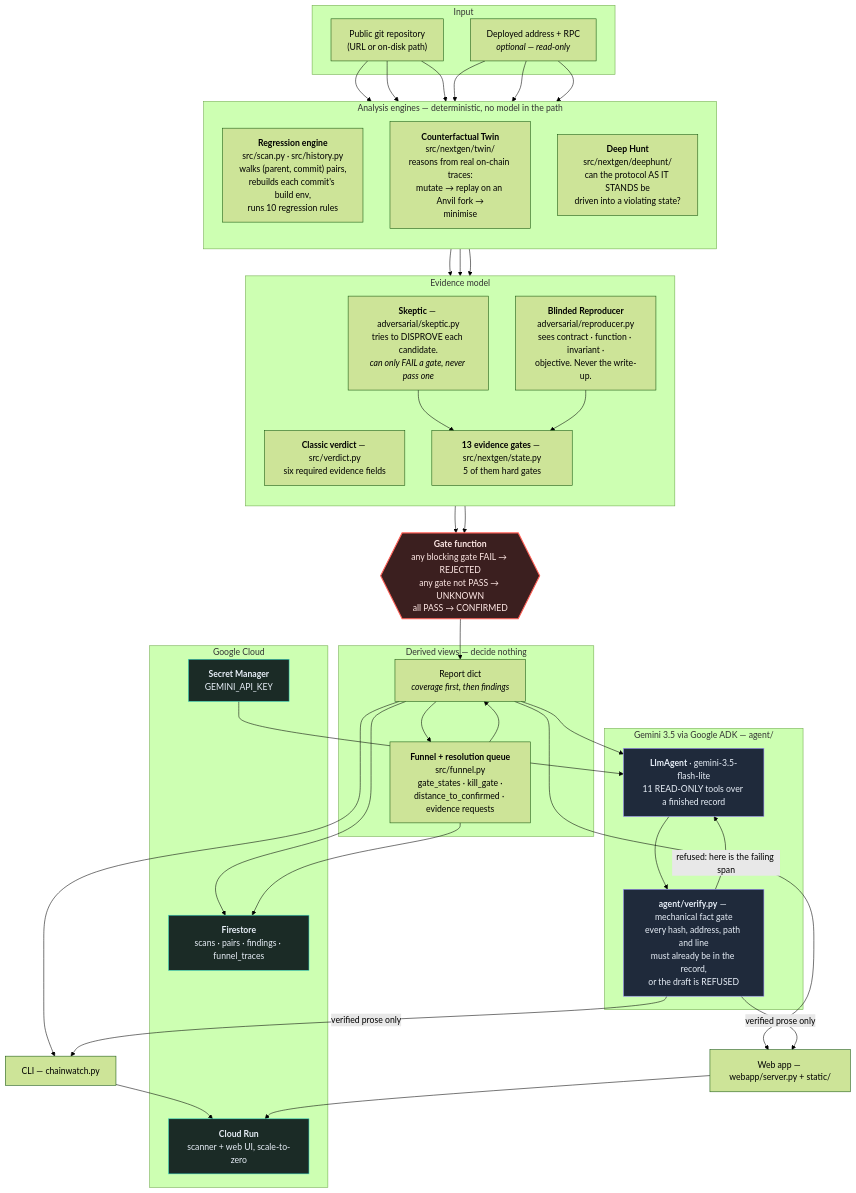
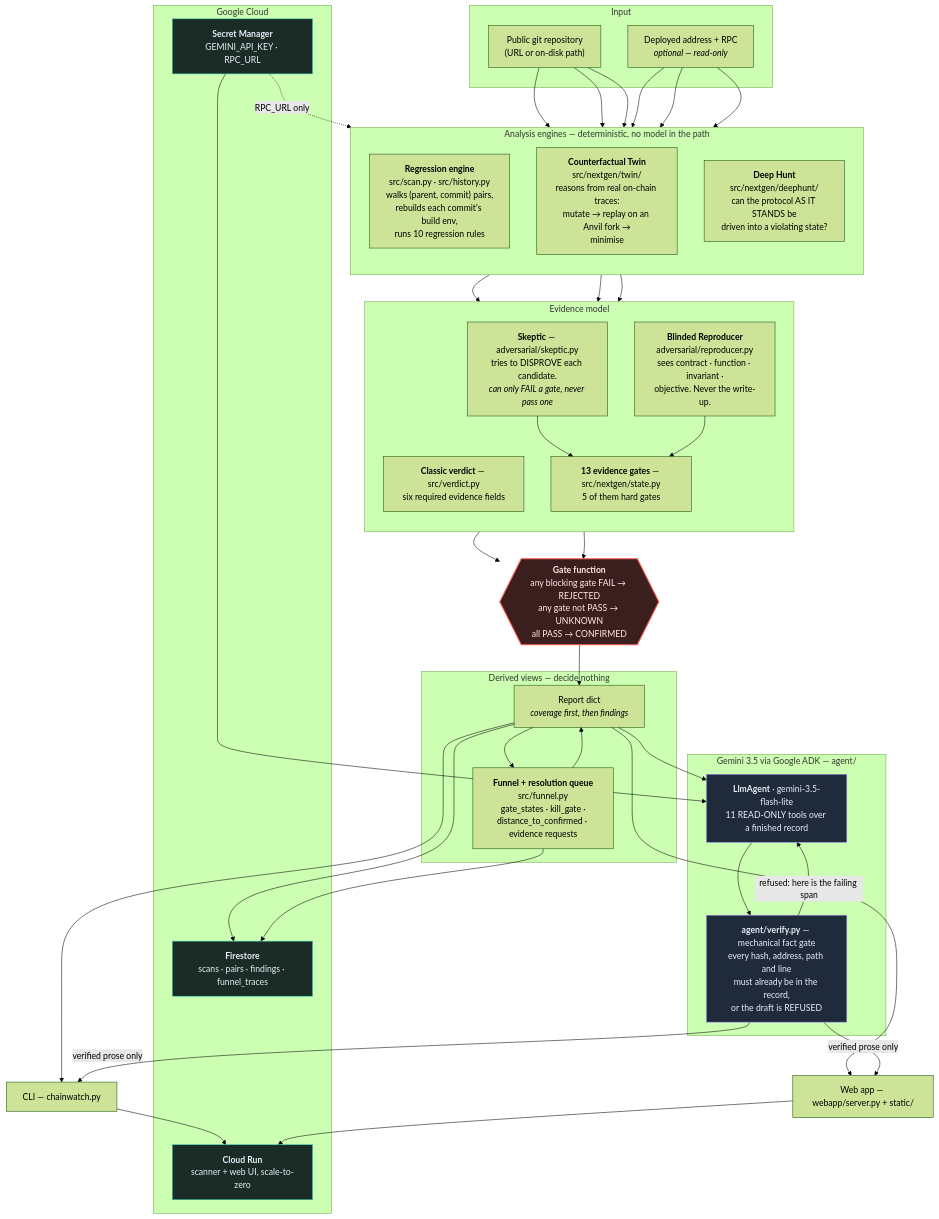
The first of 2 diagrams in docs/architecture.md (TOUMO45/chainwatch), drawn with Mermaid (forest theme) before and after one commit. The commit also changed other lines of this file and 2 other files, not shown here.

````diff
--- a/docs/architecture.md
+++ b/docs/architecture.md
@@ -16,72 +16,73 @@
 ```mermaid
 flowchart TB
     subgraph INPUT["Input"]
         REPO["Public git repository<br/>(URL or on-disk path)"]
         ADDR["Deployed address + RPC<br/><i>optional — read-only</i>"]
     end
 
     subgraph ENGINES["Analysis engines — deterministic, no model in the path"]
         direction TB
         E1["<b>Regression engine</b><br/>src/scan.py · src/history.py<br/>walks (parent, commit) pairs,<br/>rebuilds each commit's build env,<br/>runs 10 regression rules"]
         E2["<b>Counterfactual Twin</b><br/>src/nextgen/twin/<br/>reasons from real on-chain traces:<br/>mutate → replay on an Anvil fork →<br/>minimise"]
         E3["<b>Deep Hunt</b><br/>src/nextgen/deephunt/<br/>can the protocol AS IT STANDS be<br/>driven into a violating state?"]
     end
 
     subgraph EVIDENCE["Evidence model"]
         direction TB
         G6["<b>Classic verdict</b> — src/verdict.py<br/>six required evidence fields"]
         G13["<b>13 evidence gates</b> — src/nextgen/state.py<br/>5 of them hard gates"]
         SK["<b>Skeptic</b> — adversarial/skeptic.py<br/>tries to DISPROVE each candidate.<br/><i>can only FAIL a gate, never pass one</i>"]
         RP["<b>Blinded Reproducer</b><br/>adversarial/reproducer.py<br/>sees contract · function · invariant ·<br/>objective. Never the write-up."]
         SK --> G13
         RP --> G13
     end
 
     VF{{"<b>Gate function</b><br/>any blocking gate FAIL → REJECTED<br/>any gate not PASS → UNKNOWN<br/>all PASS → CONFIRMED"}}
 
     subgraph DERIVED["Derived views — decide nothing"]
         FUN["<b>Funnel + resolution queue</b><br/>src/funnel.py<br/>gate_states · kill_gate ·<br/>distance_to_confirmed · evidence requests"]
         RPT["Report dict<br/><i>coverage first, then findings</i>"]
     end
 
     subgraph GEMINI["Gemini 3.5 via Google ADK — agent/"]
         AG["<b>LlmAgent</b> · gemini-3.5-flash-lite<br/>11 READ-ONLY tools over a finished record"]
         VG["<b>agent/verify.py</b> — mechanical fact gate<br/>every hash, address, path and line<br/>must already be in the record,<br/>or the draft is REFUSED"]
         AG --> VG
         VG -->|"refused: here is the failing span"| AG
     end
 
     subgraph GCP["Google Cloud"]
         CR["<b>Cloud Run</b><br/>scanner + web UI, scale-to-zero"]
         FS["<b>Firestore</b><br/>scans · pairs · findings · funnel_traces"]
-        SM["<b>Secret Manager</b><br/>GEMINI_API_KEY"]
+        SM["<b>Secret Manager</b><br/>GEMINI_API_KEY · RPC_URL"]
     end
 
     REPO --> E1 & E2 & E3
     ADDR --> E1 & E2 & E3
     E1 --> G6
     E2 --> G13
     E3 --> G13
     G6 --> VF
     G13 --> VF
     VF --> RPT
     RPT --> FUN
     FUN --> RPT
     RPT --> AG
     RPT --> CLI["CLI — chainwatch.py"]
     RPT --> WEB["Web app — webapp/server.py + static/"]
     VG -->|"verified prose only"| CLI
     VG -->|"verified prose only"| WEB
     RPT --> FS
     FUN --> FS
     SM --> AG
+    SM -.->|"RPC_URL only"| E1
     CLI --> CR
     WEB --> CR
 
     classDef decide fill:#3b1f1f,stroke:#ff5f56,color:#ffe9e6,stroke-width:2px;
     classDef model fill:#1f2a3b,stroke:#9b8cff,color:#e8eff8;
     classDef cloud fill:#1b2b26,stroke:#35d6c3,color:#e8eff8;
     class VF decide;
     class AG,VG model;
     class CR,FS,SM cloud;
 ```
````
